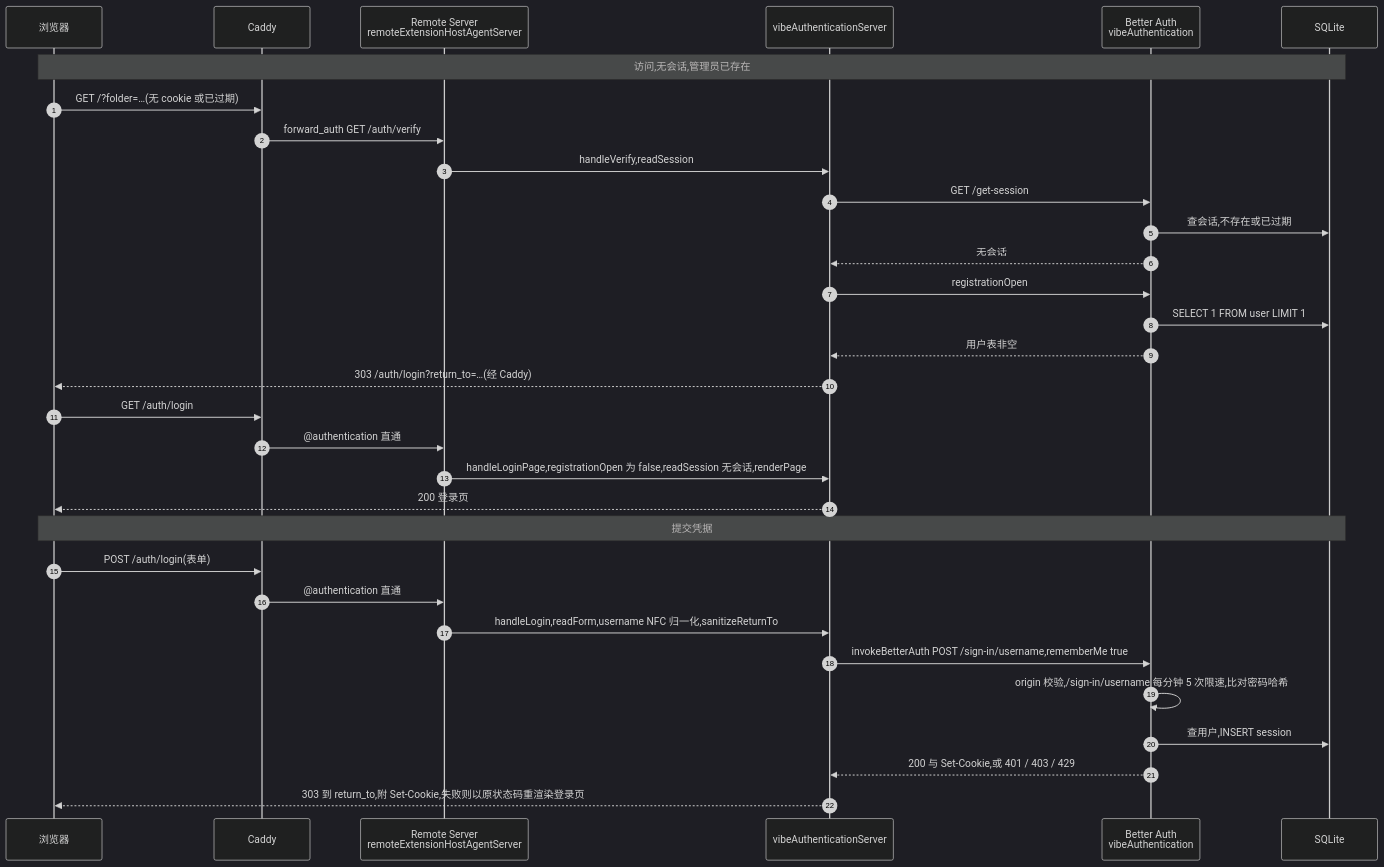
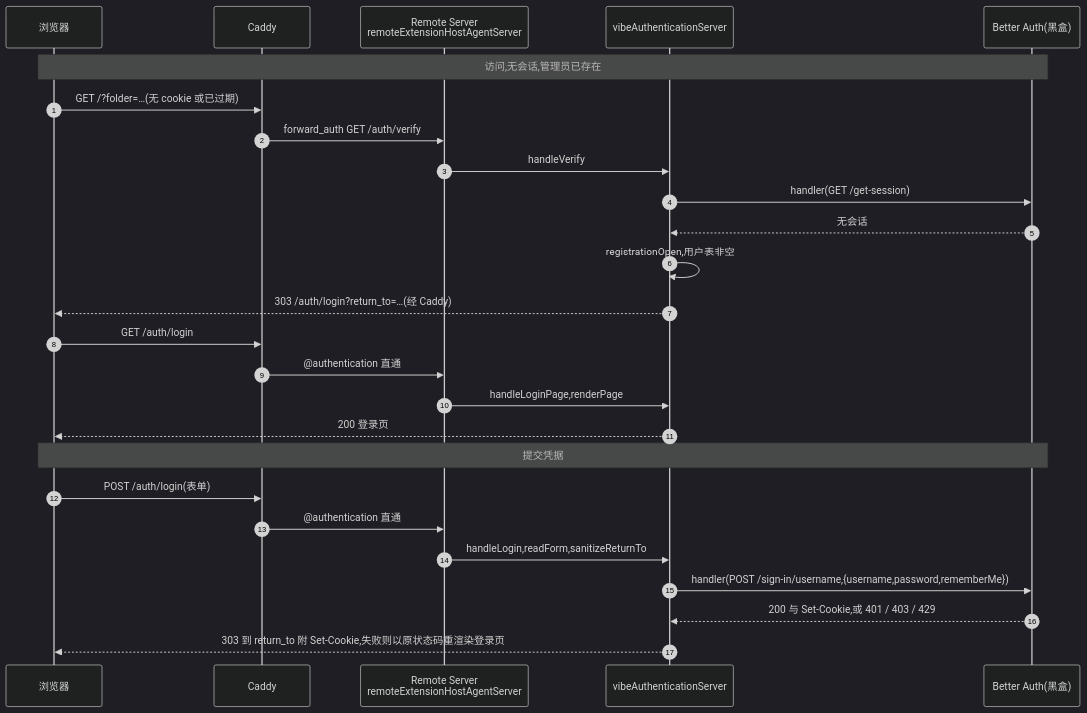
One commit to ActivePeter/vibe-vscode changed the seventh of 11 diagrams in vibe_vscode_doc/design/login_authentication.md. Above: the diagram before and after it, drawn with Mermaid (dark theme). The commit also changed other lines of this file, not shown here.

First line of the commit message:
docs: draw Better Auth as a black box and list the calls made into it

````diff
--- a/vibe_vscode_doc/design/login_authentication.md
+++ b/vibe_vscode_doc/design/login_authentication.md
@@ -251,36 +255,30 @@
 ```mermaid
 sequenceDiagram
     autonumber
     participant Browser as 浏览器
     participant Caddy as Caddy
     participant Remote as Remote Server<br/>remoteExtensionHostAgentServer
     participant AuthSrv as vibeAuthenticationServer
-    participant Auth as Better Auth<br/>vibeAuthentication
-    participant DB as SQLite
+    participant BA as Better Auth(黑盒)
 
-    Note over Browser,DB: 访问,无会话,管理员已存在
+    Note over Browser,BA: 访问,无会话,管理员已存在
     Browser->>Caddy: GET /?folder=…(无 cookie 或已过期)
     Caddy->>Remote: forward_auth GET /auth/verify
-    Remote->>AuthSrv: handleVerify,readSession
-    AuthSrv->>Auth: GET /get-session
-    Auth->>DB: 查会话,不存在或已过期
-    Auth-->>AuthSrv: 无会话
-    AuthSrv->>Auth: registrationOpen
-    Auth->>DB: SELECT 1 FROM user LIMIT 1
-    Auth-->>AuthSrv: 用户表非空
+    Remote->>AuthSrv: handleVerify
+    AuthSrv->>BA: handler(GET /get-session)
+    BA-->>AuthSrv: 无会话
+    AuthSrv->>AuthSrv: registrationOpen,用户表非空
     AuthSrv-->>Browser: 303 /auth/login?return_to=…(经 Caddy)
     Browser->>Caddy: GET /auth/login
     Caddy->>Remote: @authentication 直通
-    Remote->>AuthSrv: handleLoginPage,registrationOpen 为 false,readSession 无会话,renderPage
+    Remote->>AuthSrv: handleLoginPage,renderPage
     AuthSrv-->>Browser: 200 登录页
 
-    Note over Browser,DB: 提交凭据
+    Note over Browser,BA: 提交凭据
     Browser->>Caddy: POST /auth/login(表单)
     Caddy->>Remote: @authentication 直通
-    Remote->>AuthSrv: handleLogin,readForm,username NFC 归一化,sanitizeReturnTo
-    AuthSrv->>Auth: invokeBetterAuth POST /sign-in/username,rememberMe true
-    Auth->>Auth: origin 校验,/sign-in/username 每分钟 5 次限速,比对密码哈希
-    Auth->>DB: 查用户,INSERT session
-    Auth-->>AuthSrv: 200 与 Set-Cookie,或 401 / 403 / 429
-    AuthSrv-->>Browser: 303 到 return_to,附 Set-Cookie,失败则以原状态码重渲染登录页
+    Remote->>AuthSrv: handleLogin,readForm,sanitizeReturnTo
+    AuthSrv->>BA: handler(POST /sign-in/username,{username,password,rememberMe})
+    BA-->>AuthSrv: 200 与 Set-Cookie,或 401 / 403 / 429
+    AuthSrv-->>Browser: 303 到 return_to 附 Set-Cookie,失败则以原状态码重渲染登录页
 ```
````
